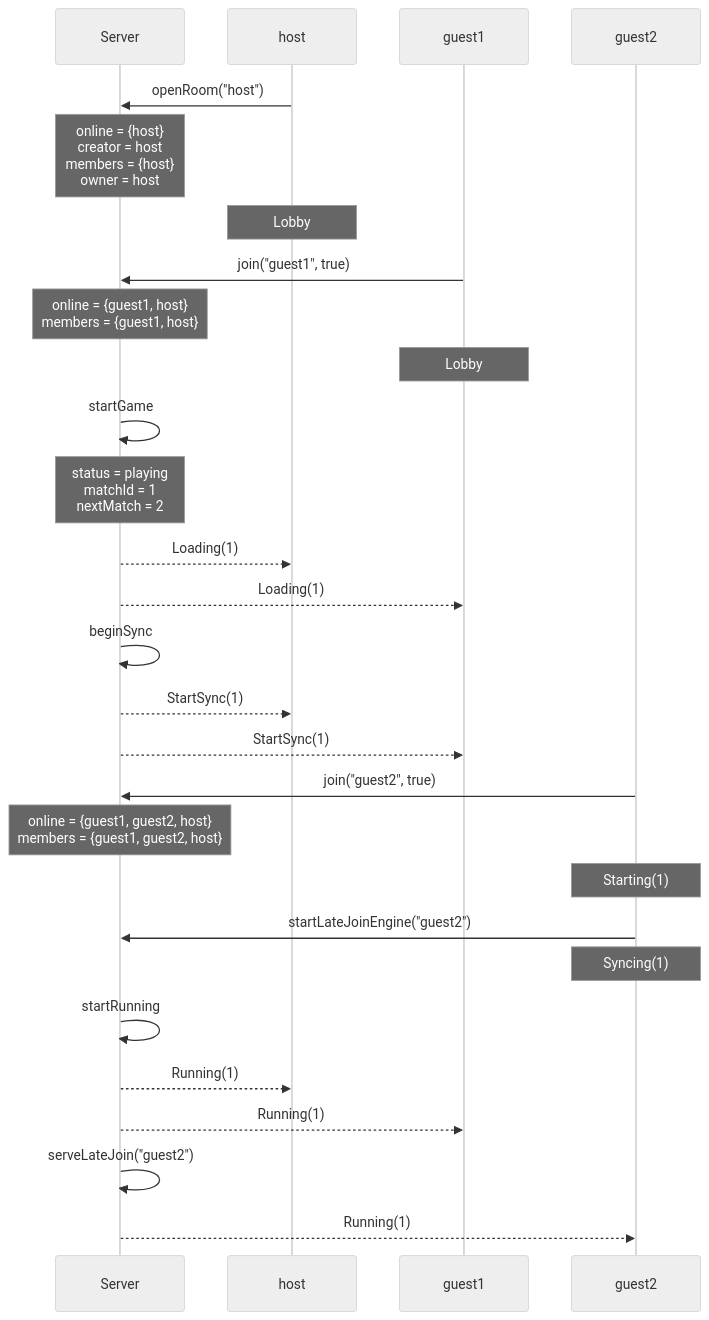
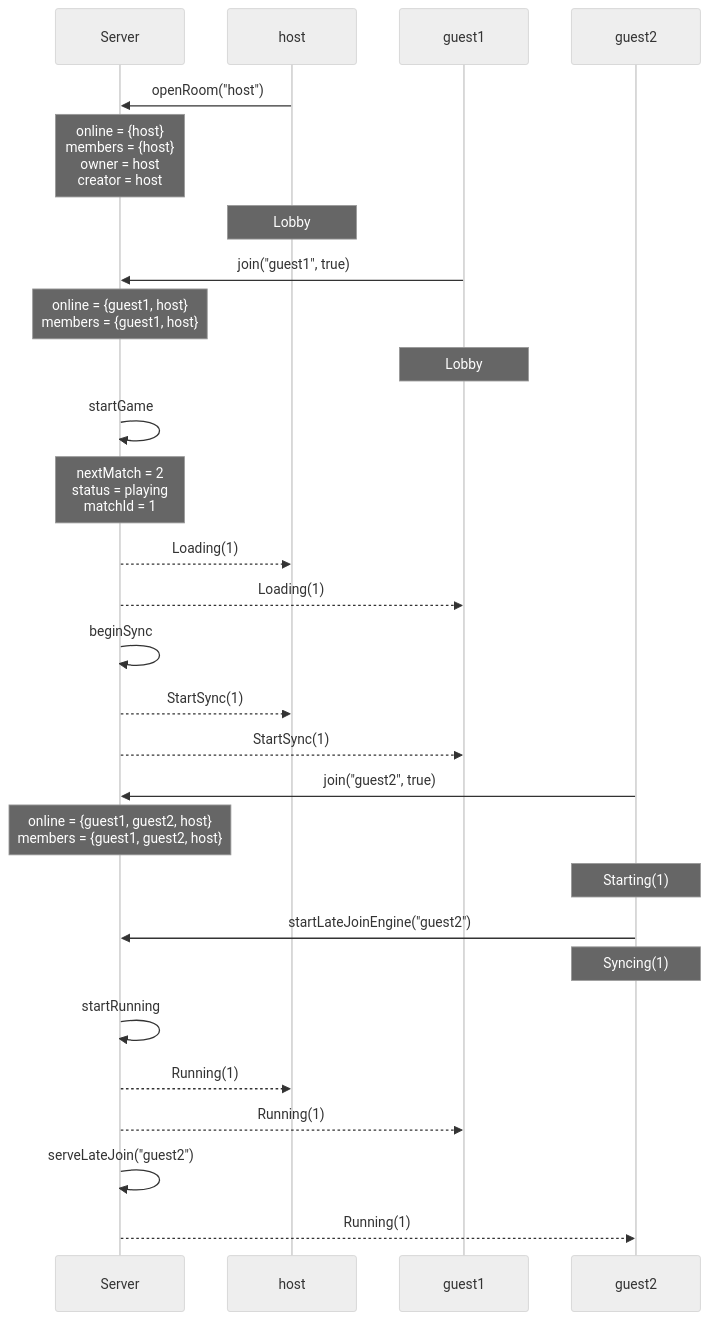
Before and after one commit to kwilson21/kaillera-next: diagram 28 of 41 in docs/spec-traces.md, drawn with Mermaid (neutral theme). The commit also changed other lines of this file and 102 other files, not shown here.

````diff
--- a/docs/spec-traces.md
+++ b/docs/spec-traces.md
@@ -456,30 +706,30 @@
 ```mermaid
 sequenceDiagram
   participant Server
   participant host
   participant guest1
   participant guest2
   host->>Server: openRoom("host")
-  Note over Server: online = {host}<br/>creator = host<br/>members = {host}<br/>owner = host
+  Note over Server: online = {host}<br/>members = {host}<br/>owner = host<br/>creator = host
   Note over host: Lobby
   guest1->>Server: join("guest1", true)
   Note over Server: online = {guest1, host}<br/>members = {guest1, host}
   Note over guest1: Lobby
   Server->>Server: startGame
-  Note over Server: status = playing<br/>matchId = 1<br/>nextMatch = 2
+  Note over Server: nextMatch = 2<br/>status = playing<br/>matchId = 1
   Server-->>host: Loading(1)
   Server-->>guest1: Loading(1)
   Server->>Server: beginSync
   Server-->>host: StartSync(1)
   Server-->>guest1: StartSync(1)
   guest2->>Server: join("guest2", true)
   Note over Server: online = {guest1, guest2, host}<br/>members = {guest1, guest2, host}
   Note over guest2: Starting(1)
   guest2->>Server: startLateJoinEngine("guest2")
   Note over guest2: Syncing(1)
   Server->>Server: startRunning
   Server-->>host: Running(1)
   Server-->>guest1: Running(1)
   Server->>Server: serveLateJoin("guest2")
   Server-->>guest2: Running(1)
 ```
````
